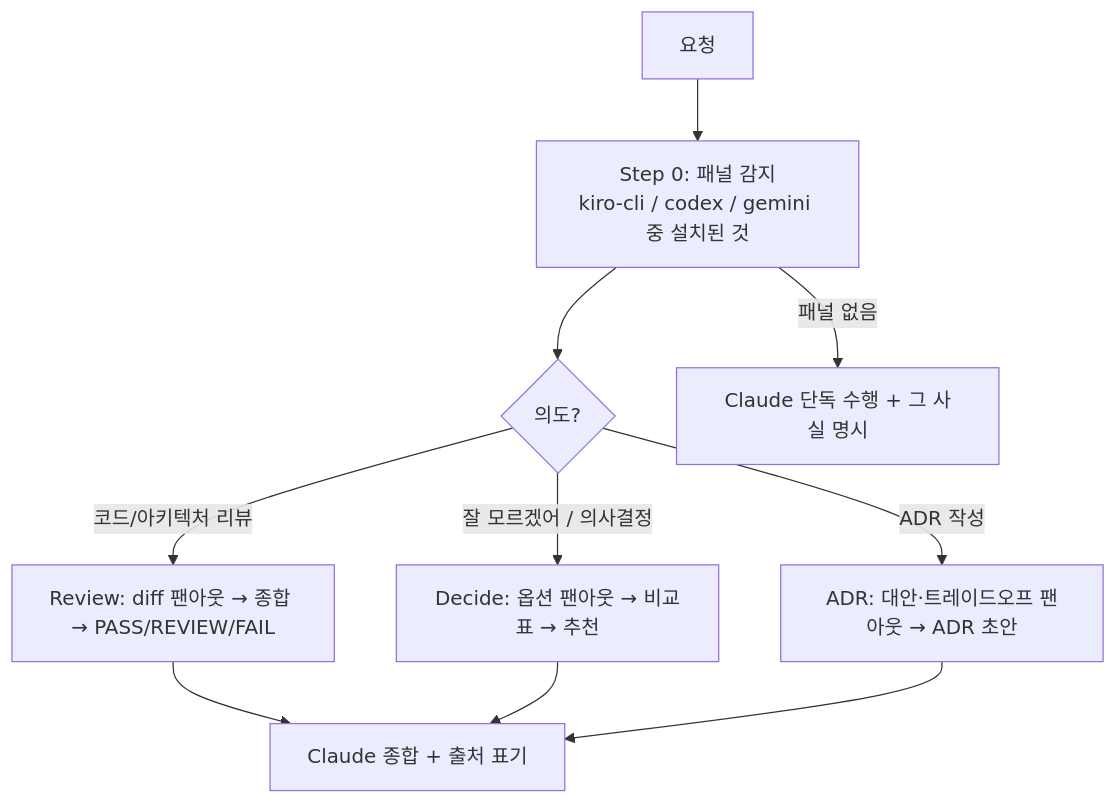
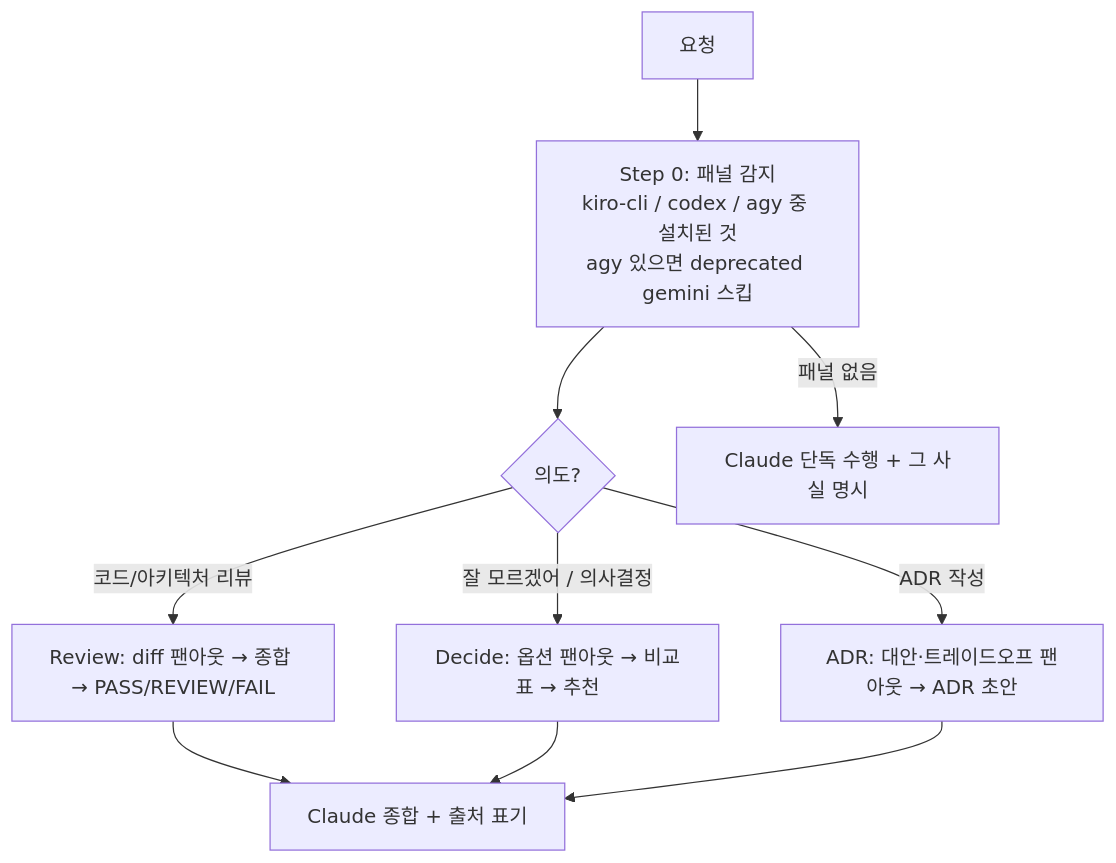
Before and after one commit to Atom-oh/oh-my-cloud-skills: the diagram in plugins/co-agent/agents/co-agent.md, drawn with Mermaid. The commit also changed other lines of this file and 3 other files, not shown here.

````diff
--- a/plugins/co-agent/agents/co-agent.md
+++ b/plugins/co-agent/agents/co-agent.md
@@ -36,12 +36,12 @@
 ```mermaid
 graph TD
-    A[요청] --> P[Step 0: 패널 감지<br/>kiro-cli / codex / gemini 중 설치된 것]
+    A[요청] --> P[Step 0: 패널 감지<br/>kiro-cli / codex / agy 중 설치된 것<br/>agy 있으면 deprecated gemini 스킵]
     P --> B{의도?}
     B -->|코드/아키텍처 리뷰| R[Review: diff 팬아웃 → 종합 → PASS/REVIEW/FAIL]
     B -->|"잘 모르겠어" / 의사결정| D[Decide: 옵션 팬아웃 → 비교표 → 추천]
     B -->|ADR 작성| ADR[ADR: 대안·트레이드오프 팬아웃 → ADR 초안]
     R --> S[Claude 종합 + 출처 표기]
     D --> S
     ADR --> S
     P -->|패널 없음| SOLO[Claude 단독 수행 + 그 사실 명시]
 ```
````
